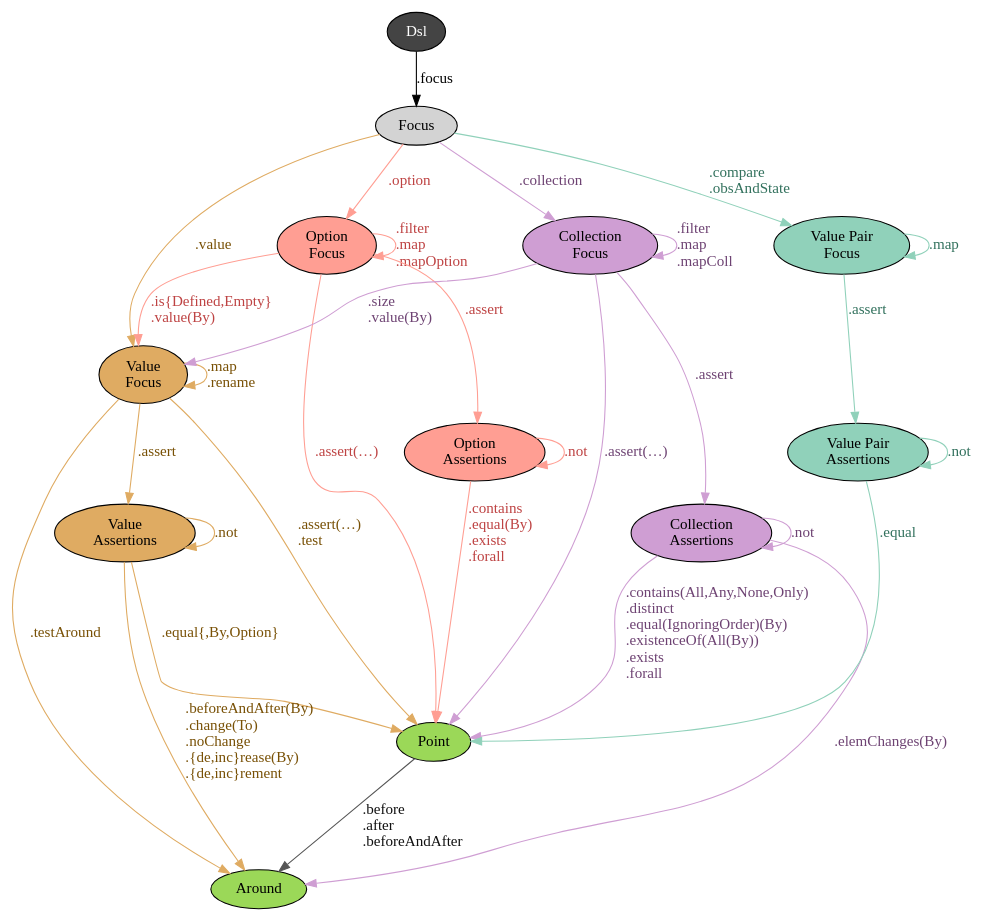
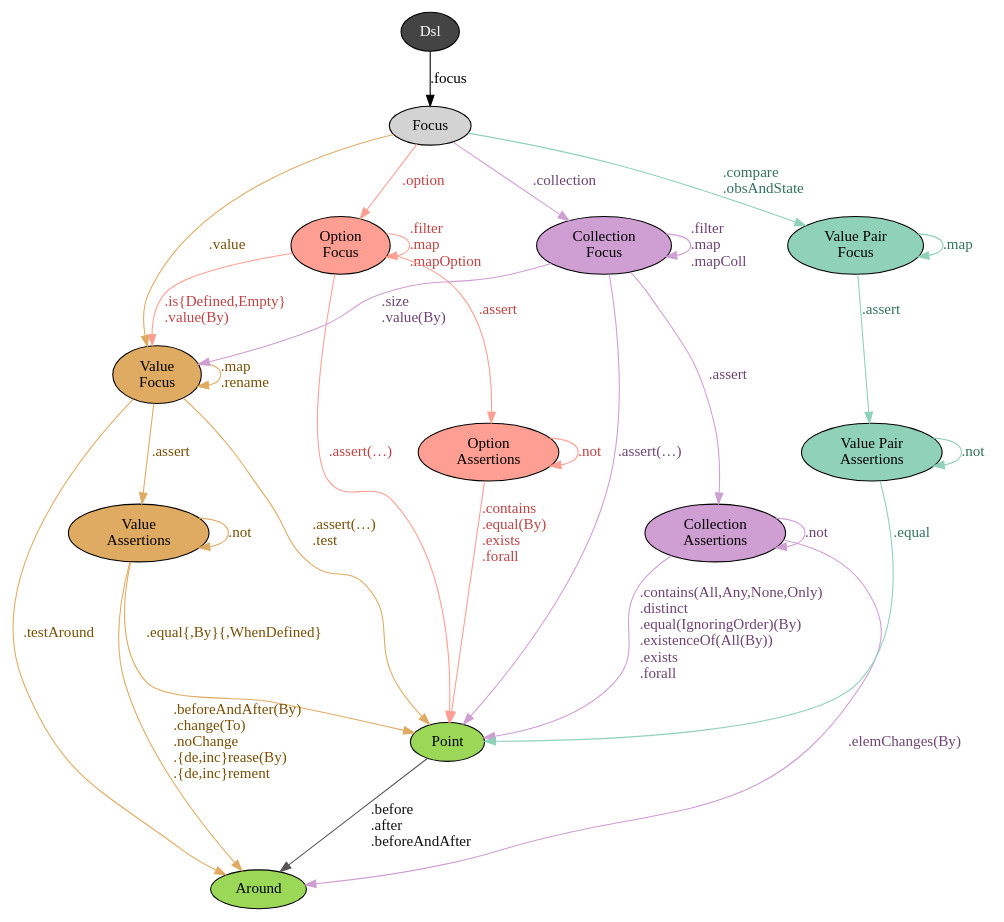
One commit to japgolly/test-state changed the diagram in doc/dsl-focus.gv. Above: the diagram before and after it, drawn with Graphviz. The commit also changed 4 other files, not shown here.

Commit message:
.assert.equal{,By}WhenDefined

```diff
--- a/doc/dsl-focus.gv
+++ b/doc/dsl-focus.gv
@@ -1,83 +1,83 @@
 digraph G {
 node[style=filled]
 //edge[minlen=2]
 
 root [fillcolor="#444444" fontcolor=white label="Dsl"]
 
 {
 node[fillcolor="#9BD858"] edge[color="#9BD858" fontcolor="#377700"]
 Point  [label="Point"]
 Around [label="Around"]
 Point -> Around [color="#555555" fontcolor="#111111" label=".before\l.after\l.beforeAndAfter\l"]
 }
 
 // root -> focus,transformer
 // root -> emptyPlan,emptyTest
 
 /*
 root -> Action [label=".chooseAction(Attempt)\l.emptyAction\l.print\l"]
 root -> Around [label=".around\l.chooseAround(Attempt)\l.emptyAround\l.testAround\l"]
 root -> Point  [label=".choosePoint(Attempt)\l.point\l.test\l"]
 root -> Invariant [label=".chooseInvariant(Attempt)\l.emptyInvariant\l"]
 
 root -> action [label=".action"]
 action -> Action [label=".apply\l.attempt\l.update(By)\l.full\l"]
 */
 
 
 // node[style=filled fillcolor="#ffcccc"]
 // edge[color="#bb8888" fontcolor="#772222"]
 
 root -> Focus [label=".focus\l"]
 
 node[fillcolor="#DFAB62"] edge[color="#DFAB62" fontcolor="#785005"]
 FocusValue [label="Value\nFocus"]
 FocusValueAO [label="Value\nAssertions"]
 Focus        -> FocusValue   [label=".value\l"]
 FocusValue   -> FocusValue   [label=".map\l.rename\l"]
 FocusValue   -> FocusValueAO [label=".assert\l"]
 FocusValueAO -> FocusValueAO [label=".not\l"]
 FocusValue   -> Point        [label=".assert(…)\l.test\l"]
-FocusValueAO -> Point        [label=".equal{,By,Option}\l"]
+FocusValueAO -> Point        [label=".equal{,By}{,WhenDefined}\l"]
 FocusValue   -> Around       [label=".testAround\l"]
 FocusValueAO -> Around       [label=".beforeAndAfter(By)\l.change(To)\l.noChange\l.{de,inc}rease(By)\l.{de,inc}rement\l"]
 
 node[fillcolor="#FF9E93"] edge[color="#FF9E93" fontcolor="#be4343"]
 FocusOption [label="Option\nFocus"]
 FocusOptionAO [label="Option\nAssertions"]
 Focus         -> FocusOption   [label=".option\l"]
 FocusOption   -> FocusOption   [label=".filter\l.map\l.mapOption\l"]
 FocusOption   -> FocusOptionAO [label=".assert\l"]
 FocusOption   -> FocusValue    [label=".is{Defined,Empty}\l.value(By)\l"]
 FocusOptionAO -> FocusOptionAO [label=".not\l"]
 FocusOption   -> Point         [label=".assert(…)\l"]
 FocusOptionAO -> Point         [label=".contains\l.equal(By)\l.exists\l.forall\l"]
 
 node[fillcolor="#CF9ED3"] edge[color="#CF9ED3" fontcolor="#6e4373"]
 FocusColl [label="Collection\nFocus"]
 FocusCollAO [label="Collection\nAssertions"]
 Focus       -> FocusColl   [label=".collection\l"]
 FocusColl   -> FocusColl   [label=".filter\l.map\l.mapColl\l"]
 FocusColl   -> FocusCollAO [label=".assert\l"]
 FocusColl   -> FocusValue  [label=".size\l.value(By)\l"]
 FocusCollAO -> FocusCollAO [label=".not\l"]
 FocusColl   -> Point       [label=".assert(…)\l"]
 FocusCollAO -> Point       [label=".contains(All,Any,None,Only)\l.distinct\l.equal(IgnoringOrder)(By)\l.existenceOf(All(By))\l.exists\l.forall\l"]
 FocusCollAO -> Around      [label=".elemChanges(By)\l"]
 
 node[fillcolor="#90D1BA"] edge[color="#90D1BA" fontcolor="#32715d"]
 BiFocus [label="Value Pair\nFocus"]
 BiFocusAO [label="Value Pair\nAssertions"]
 Focus       -> BiFocus     [label=".compare\l.obsAndState\l"]
 BiFocus     -> BiFocus     [label=".map\l"]
 BiFocus     -> BiFocusAO   [label=".assert\l"]
 BiFocusAO   -> BiFocusAO   [label=".not\l"]
 BiFocusAO   -> Point       [label=".equal\l"]
 /*
 ObsAndState [label="Value Pair\nFocus"]
 Focus       -> ObsAndState [label=".obsAndState\l"]
 ObsAndState -> ObsAndState [label=".map\l"]
 ObsAndState -> BiFocus     [style=dashed label="<extends>"]
 ObsAndState -> FocusValue  [label=".obs\l.state\l"]
 */
 }
```
